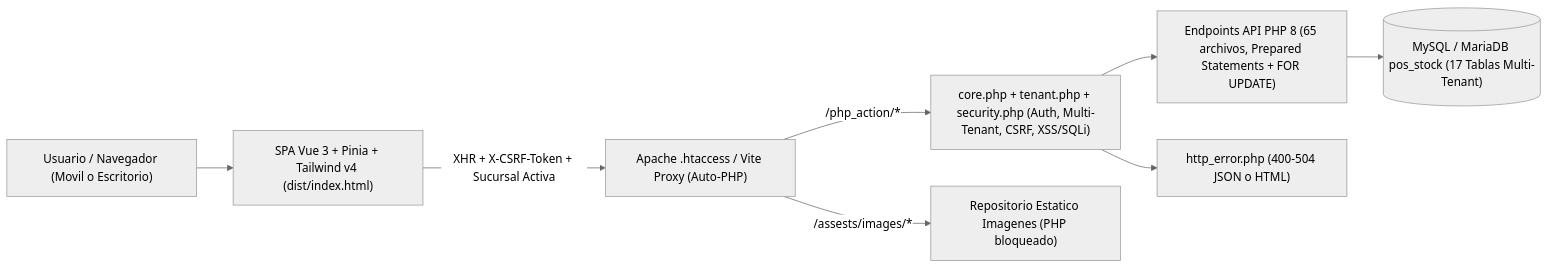
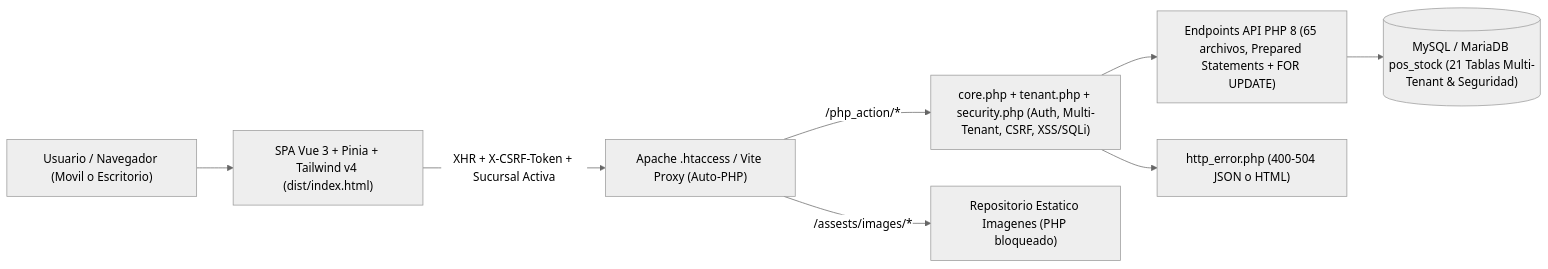
The first of 4 diagrams in PDR.md (gercova/stock-bartolo), drawn with Mermaid (neutral theme) before and after one commit. The commit also changed other lines of this file and 27 other files, not shown here.

````diff
--- a/PDR.md
+++ b/PDR.md
@@ -34,10 +37,10 @@
 ```mermaid
 flowchart LR
     U["Usuario / Navegador (Movil o Escritorio)"] --> SPA["SPA Vue 3 + Pinia + Tailwind v4 (dist/index.html)"]
     SPA -->|"XHR + X-CSRF-Token + Sucursal Activa"| GW["Apache .htaccess / Vite Proxy (Auto-PHP)"]
     GW -->|"/php_action/*"| SEC["core.php + tenant.php + security.php (Auth, Multi-Tenant, CSRF, XSS/SQLi)"]
     GW -->|"/assests/images/*"| IMG["Repositorio Estatico Imagenes (PHP bloqueado)"]
     SEC --> API["Endpoints API PHP 8 (65 archivos, Prepared Statements + FOR UPDATE)"]
     SEC --> ERR["http_error.php (400-504 JSON o HTML)"]
-    API --> DB[("MySQL / MariaDB pos_stock (17 Tablas Multi-Tenant)")]
+    API --> DB[("MySQL / MariaDB pos_stock (21 Tablas Multi-Tenant & Seguridad)")]
 ```
````
